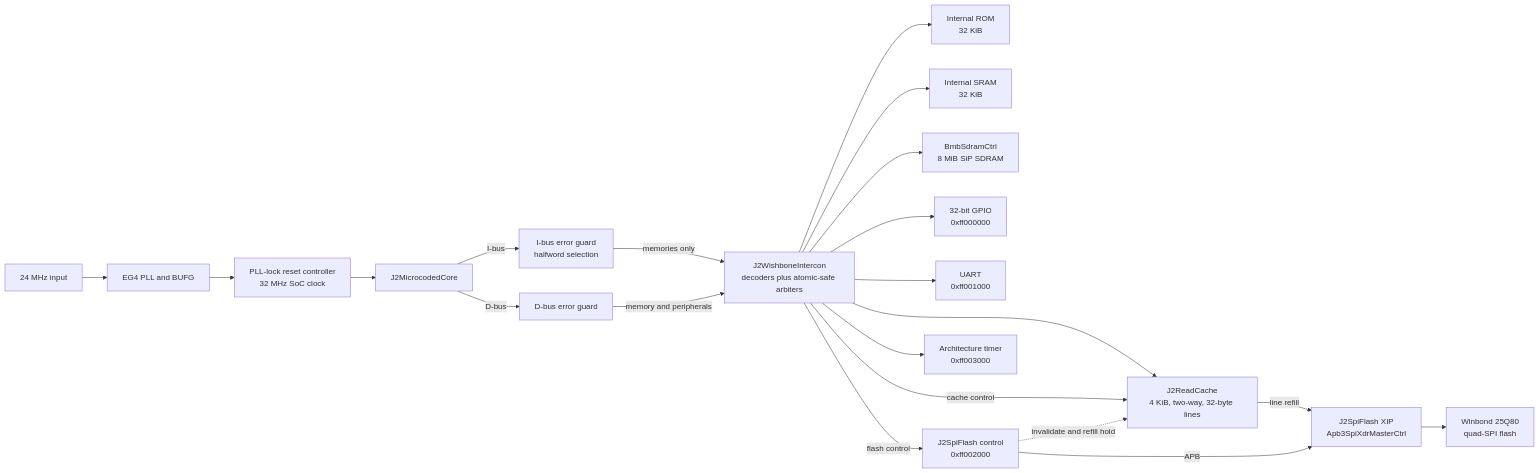
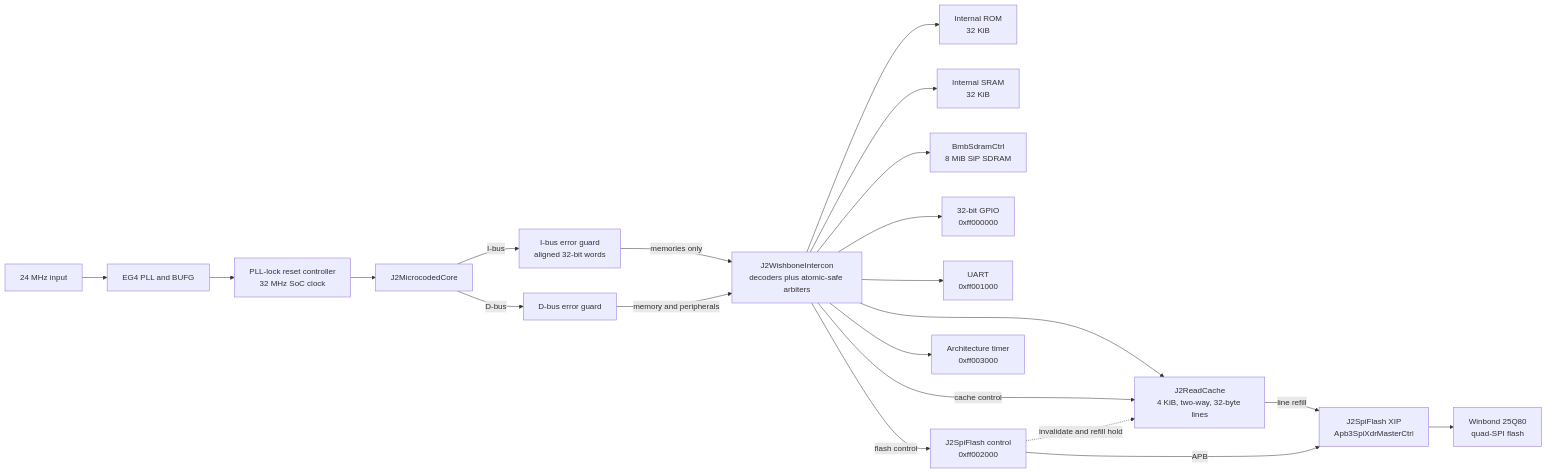
The diagram in README.md (PreviousVOD/VexJ2), drawn with Mermaid before and after one commit. The commit also changed other lines of this file and 27 other files, not shown here.

````diff
--- a/README.md
+++ b/README.md
@@ -50,26 +53,26 @@
 ```mermaid
 flowchart LR
   CLK[24 MHz input] --> PLL[EG4 PLL and BUFG]
   PLL --> RESET[PLL-lock reset controller<br/>32 MHz SoC clock]
   RESET --> CPU[J2MicrocodedCore]
 
-  CPU -->|I-bus| IGUARD[I-bus error guard<br/>halfword selection]
+  CPU -->|I-bus| IGUARD[I-bus error guard<br/>aligned 32-bit words]
   CPU -->|D-bus| DGUARD[D-bus error guard]
   IGUARD -->|memories only| MATRIX[J2WishboneIntercon<br/>decoders plus atomic-safe arbiters]
   DGUARD -->|memory and peripherals| MATRIX
 
   MATRIX --> ROM[Internal ROM<br/>32 KiB]
   MATRIX --> SRAM[Internal SRAM<br/>32 KiB]
   MATRIX --> CACHE[J2ReadCache<br/>4 KiB, two-way, 32-byte lines]
   CACHE -->|line refill| XIP[J2SpiFlash XIP<br/>Apb3SpiXdrMasterCtrl]
   XIP --> FLASH[Winbond 25Q80<br/>quad-SPI flash]
   MATRIX --> SDRAM[BmbSdramCtrl<br/>8 MiB SiP SDRAM]
 
   MATRIX --> GPIO[32-bit GPIO<br/>0xff000000]
   MATRIX --> UART[UART<br/>0xff001000]
   MATRIX -->|flash control| CTRL[J2SpiFlash control<br/>0xff002000]
   MATRIX --> TIMER[Architecture timer<br/>0xff003000]
   MATRIX -->|cache control| CACHE
   CTRL -->|APB| XIP
   CTRL -. invalidate and refill hold .-> CACHE
 ```
````
